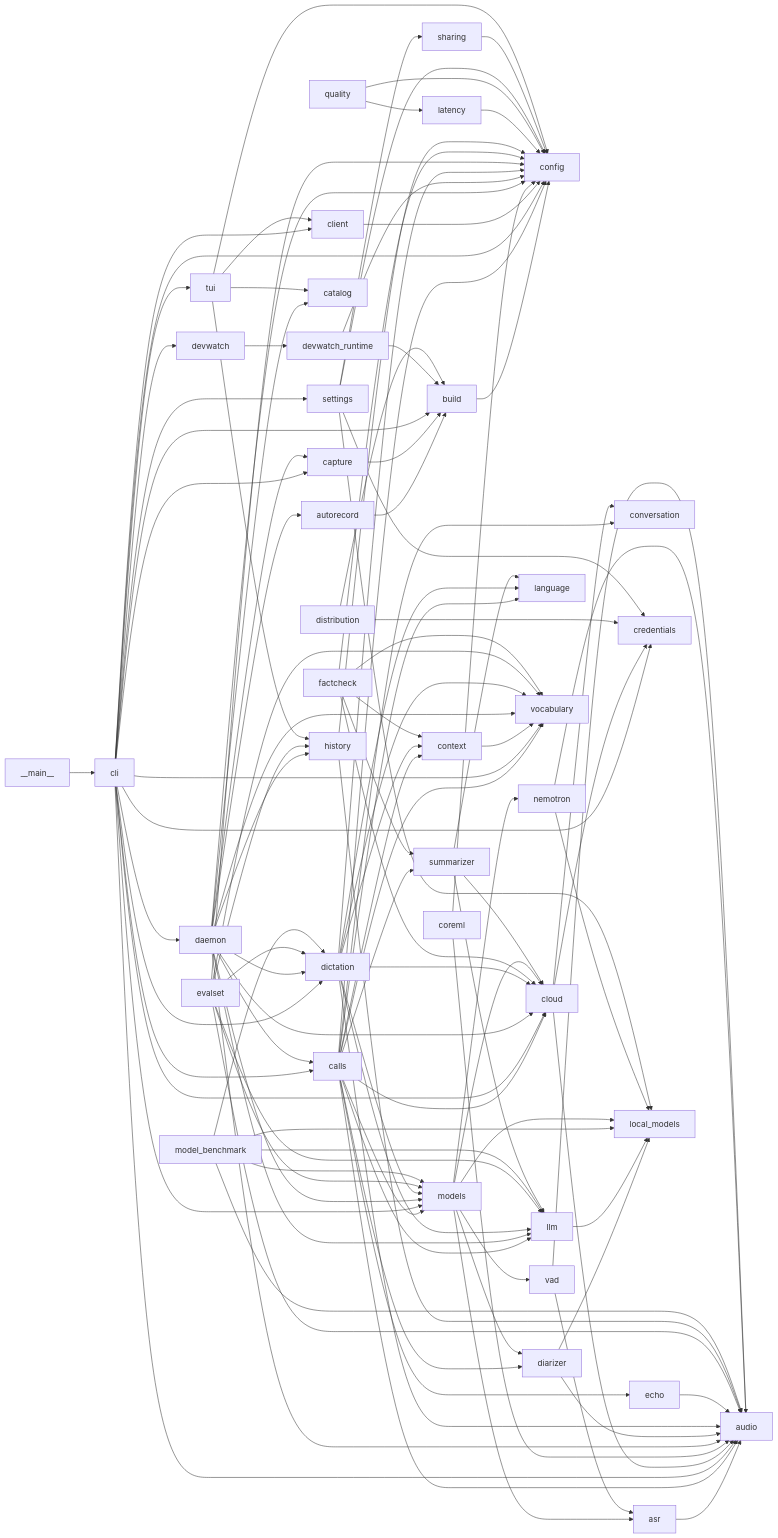
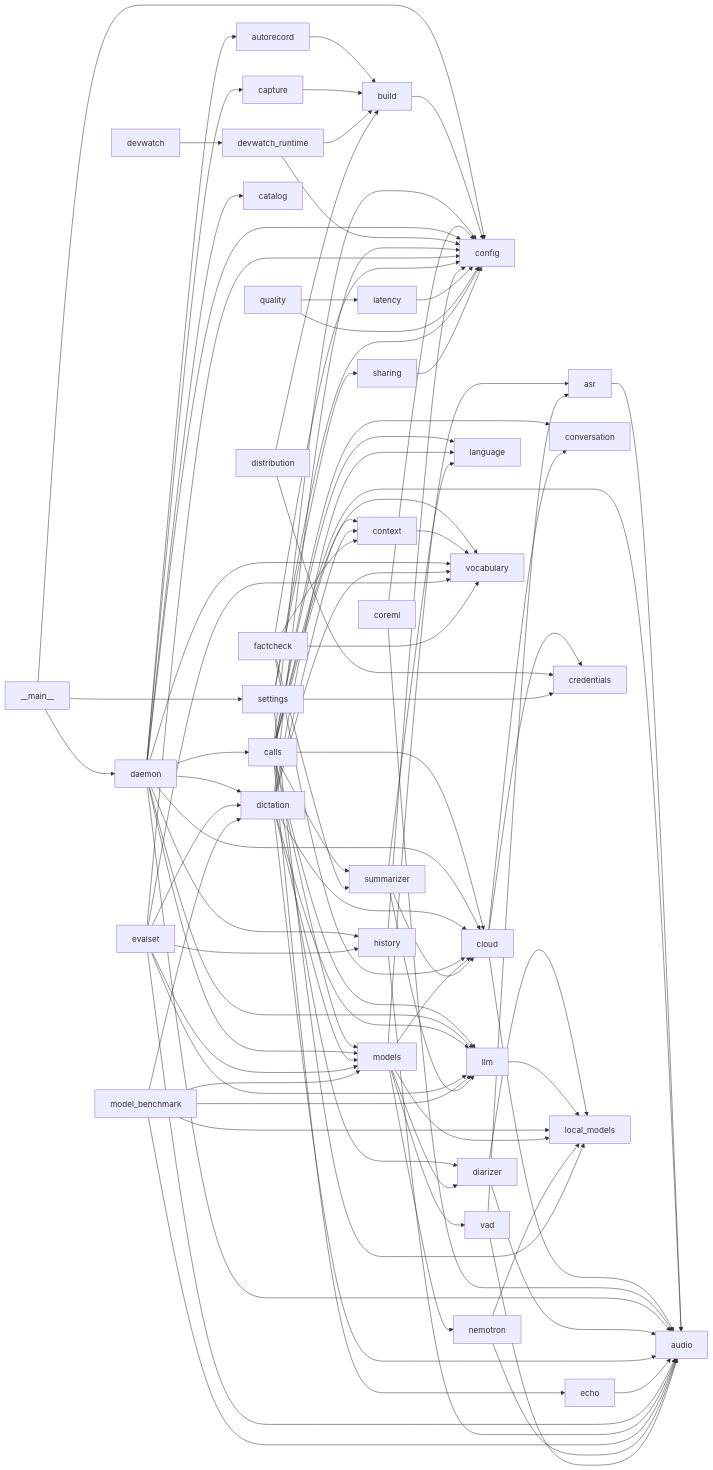
One commit to chudinovAI/wav2sum changed the diagram in ARCHITECTURE.md. Above: the diagram before and after it, drawn with Mermaid. The commit also changed other lines of this file and 36 other files, not shown here.

````diff
--- a/ARCHITECTURE.md
+++ b/ARCHITECTURE.md
@@ -9,6 +9,8 @@
 ```mermaid
 graph LR
-  __main__ --> cli
+  __main__ --> config
+  __main__ --> daemon
+  __main__ --> settings
   asr --> audio
   autorecord --> build
   build --> config
@@ -25,22 +27,6 @@
   calls --> summarizer
   calls --> vocabulary
   capture --> build
-  cli --> audio
-  cli --> build
-  cli --> calls
-  cli --> capture
-  cli --> client
-  cli --> cloud
-  cli --> config
-  cli --> credentials
-  cli --> daemon
-  cli --> devwatch
-  cli --> dictation
-  cli --> models
-  cli --> settings
-  cli --> tui
-  cli --> vocabulary
-  client --> config
   cloud --> audio
   cloud --> conversation
   cloud --> credentials
@@ -114,10 +100,6 @@
   summarizer --> cloud
   summarizer --> language
   summarizer --> llm
-  tui --> client
-  tui --> catalog
-  tui --> config
-  tui --> history
   vad --> asr
   vad --> audio
 ```
````
